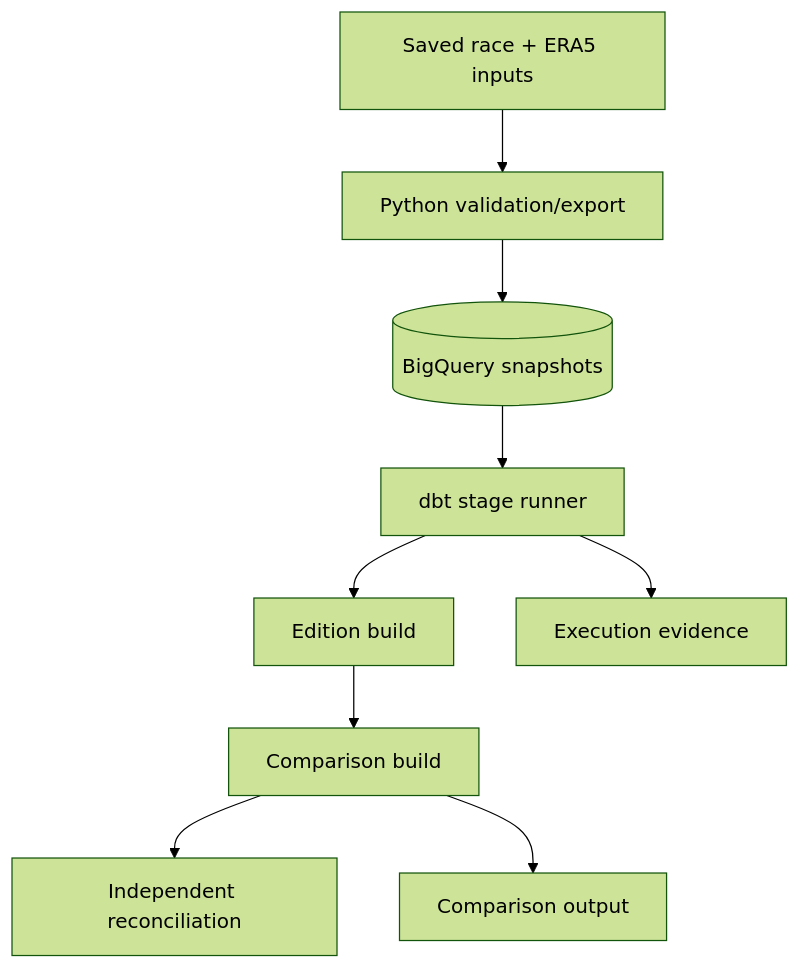
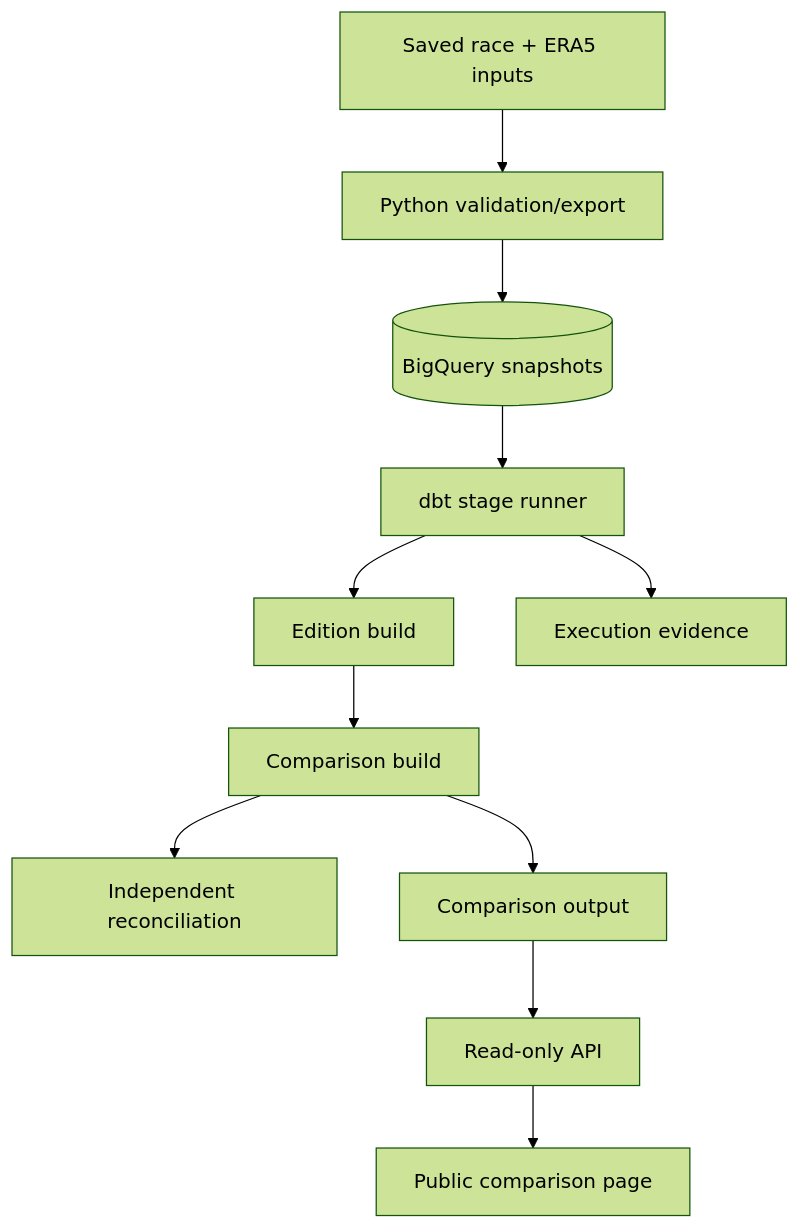
The diagram in README.md (mifuha/runwx), drawn with Mermaid (forest theme) before and after one commit. The commit also changed other lines of this file and 4 other files, not shown here.

````diff
--- a/README.md
+++ b/README.md
@@ -42,11 +45,13 @@
 ```mermaid
 flowchart TD
     inputs["Saved race + ERA5 inputs"] --> python["Python validation/export"]
     python --> snapshots[("BigQuery snapshots")]
     snapshots --> runner["dbt stage runner"]
     runner --> edition["Edition build"]
     edition --> comparison["Comparison build"]
     comparison --> reconciliation["Independent reconciliation"]
     comparison --> output["Comparison output"]
+    output --> api["Read-only API"]
+    api --> page["Public comparison page"]
     runner --> evidence["Execution evidence"]
 ```
````
